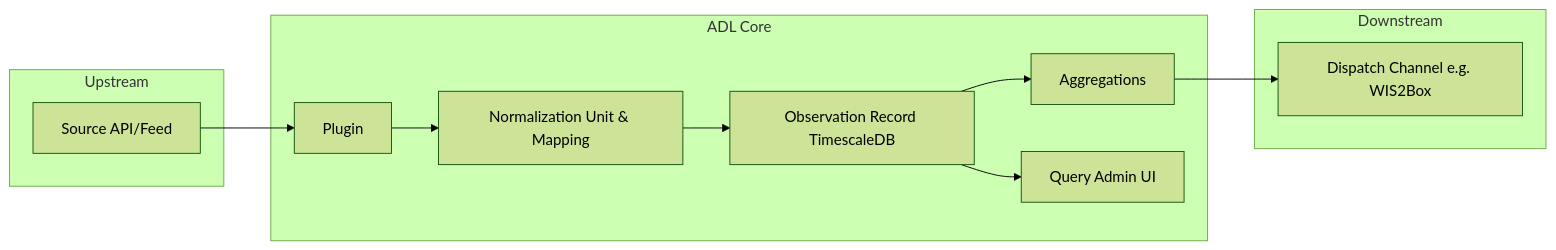
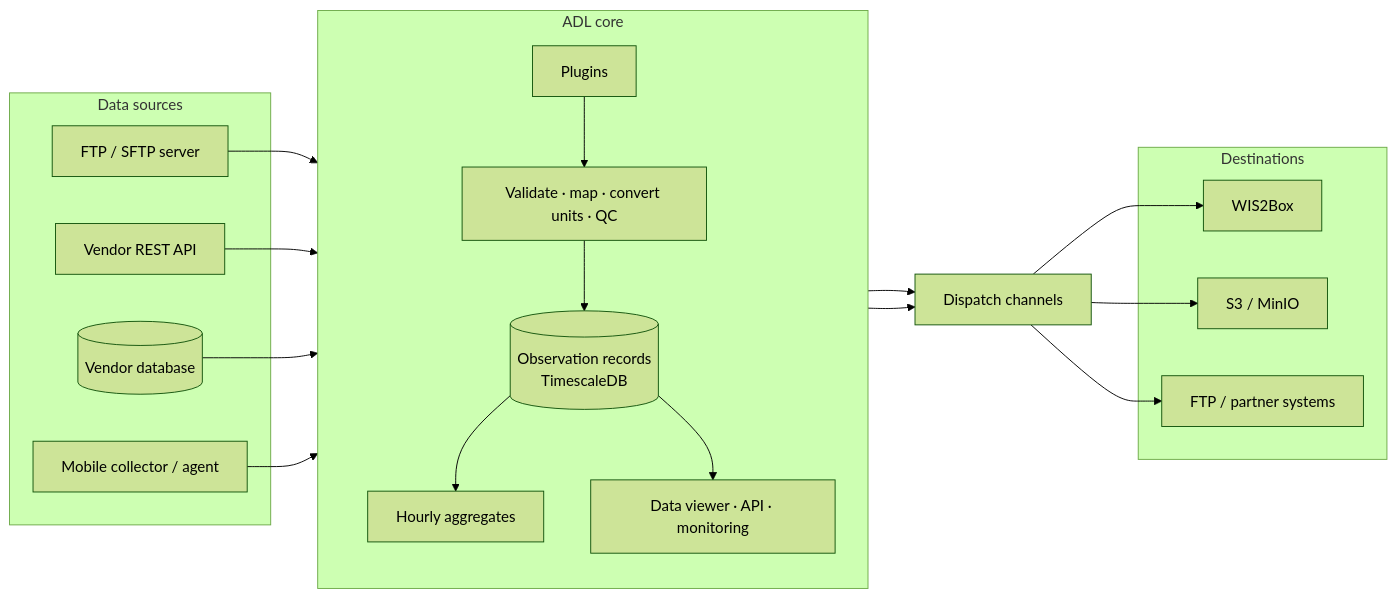
The first of 4 diagrams in docs/core_concepts.md (wmo-raf/adl), drawn with Mermaid (forest theme) before and after one commit. The commit also changed other lines of this file and 23 other files, not shown here.

````diff
--- a/docs/core_concepts.md
+++ b/docs/core_concepts.md
@@ -20,19 +14,27 @@
 ```{mermaid}
 flowchart LR
-  subgraph Upstream
-    A[Source API/Feed]
+  subgraph SRC["Data sources"]
+    FTP[FTP / SFTP server]
+    API[Vendor REST API]
+    DB[(Vendor database)]
+    APP[Mobile collector / agent]
   end
 
-  subgraph ADL Core
-    P[Plugin] --> N[Normalization Unit & Mapping] --> S[Observation Record TimescaleDB]
-    S --> A1[Aggregations]
-    S --> Q[Query Admin UI]
+  subgraph ADL["ADL core"]
+    direction TB
+    PL[Plugins] --> NORM[Validate · map · convert units · QC]
+    NORM --> OBS[(Observation records\nTimescaleDB)]
+    OBS --> AGG[Hourly aggregates]
+    OBS --> VIEW[Data viewer · API · monitoring]
   end
 
-  subgraph Downstream
-    D[Dispatch Channel e.g. WIS2Box]
+  subgraph DST["Destinations"]
+    W2B[WIS2Box]
+    S3[S3 / MinIO]
+    OUT[FTP / partner systems]
   end
 
-  A --> P
-  A1 --> D
+  FTP & API & DB --> PL
+  APP --> OBS
+  OBS & AGG --> DC[Dispatch channels] --> W2B & S3 & OUT
 ```
````
